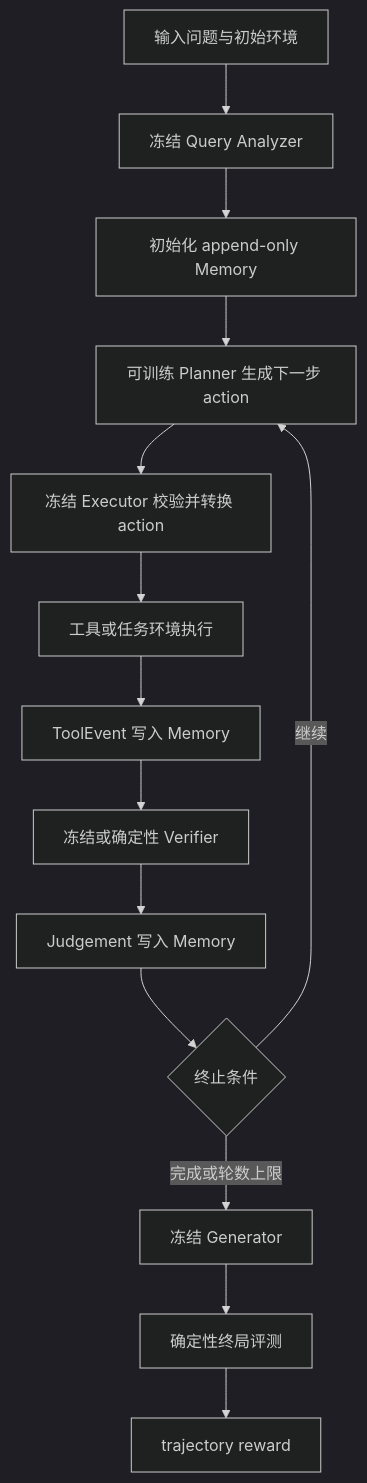
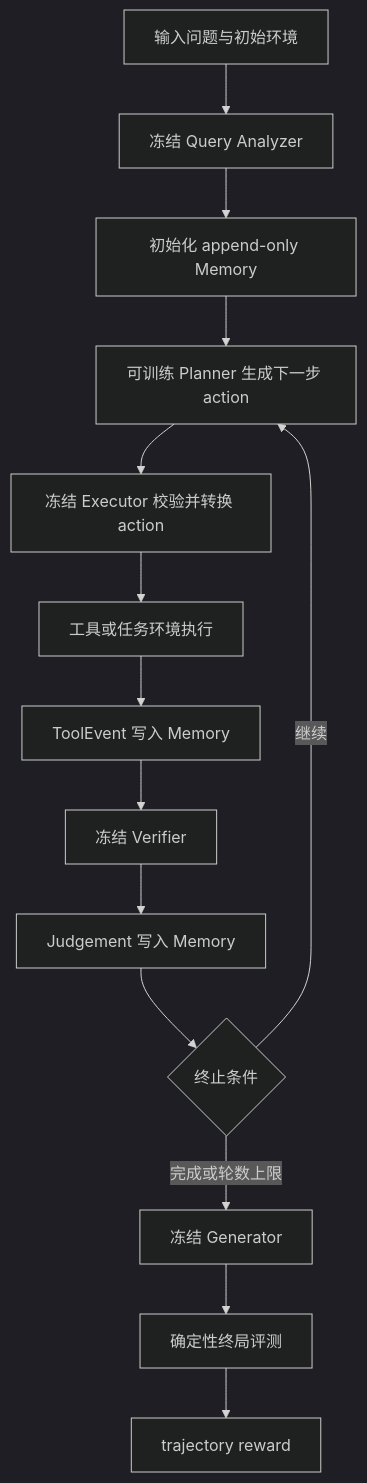
One commit to beibeizzz/agentflow changed the first of 2 diagrams in docs/project_guide/02_architecture_mainline.md. Above: the diagram before and after it, drawn with Mermaid (dark theme). The commit also changed other lines of this file and 61 other files, not shown here.

````diff
--- a/docs/project_guide/02_architecture_mainline.md
+++ b/docs/project_guide/02_architecture_mainline.md
@@ -21,16 +23,16 @@
 ```mermaid
 flowchart TD
     Q[输入问题与初始环境] --> A[冻结 Query Analyzer]
     A --> M[初始化 append-only Memory]
     M --> P[可训练 Planner 生成下一步 action]
     P --> E[冻结 Executor 校验并转换 action]
     E --> T[工具或任务环境执行]
     T --> W[ToolEvent 写入 Memory]
-    W --> V[冻结或确定性 Verifier]
+    W --> V[冻结 Verifier]
     V --> J[Judgement 写入 Memory]
     J --> C{终止条件}
     C -->|继续| P
     C -->|完成或轮数上限| G[冻结 Generator]
     G --> F[确定性终局评测]
     F --> R[trajectory reward]
 ```
````
